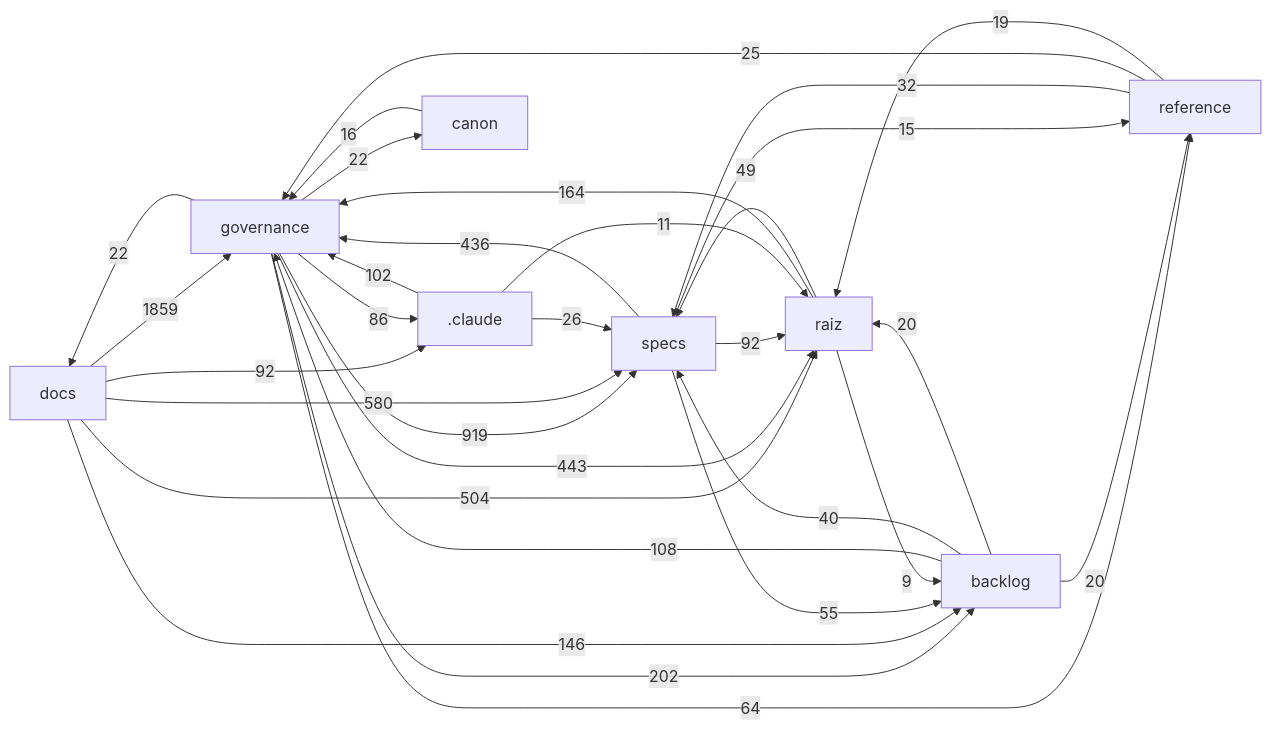
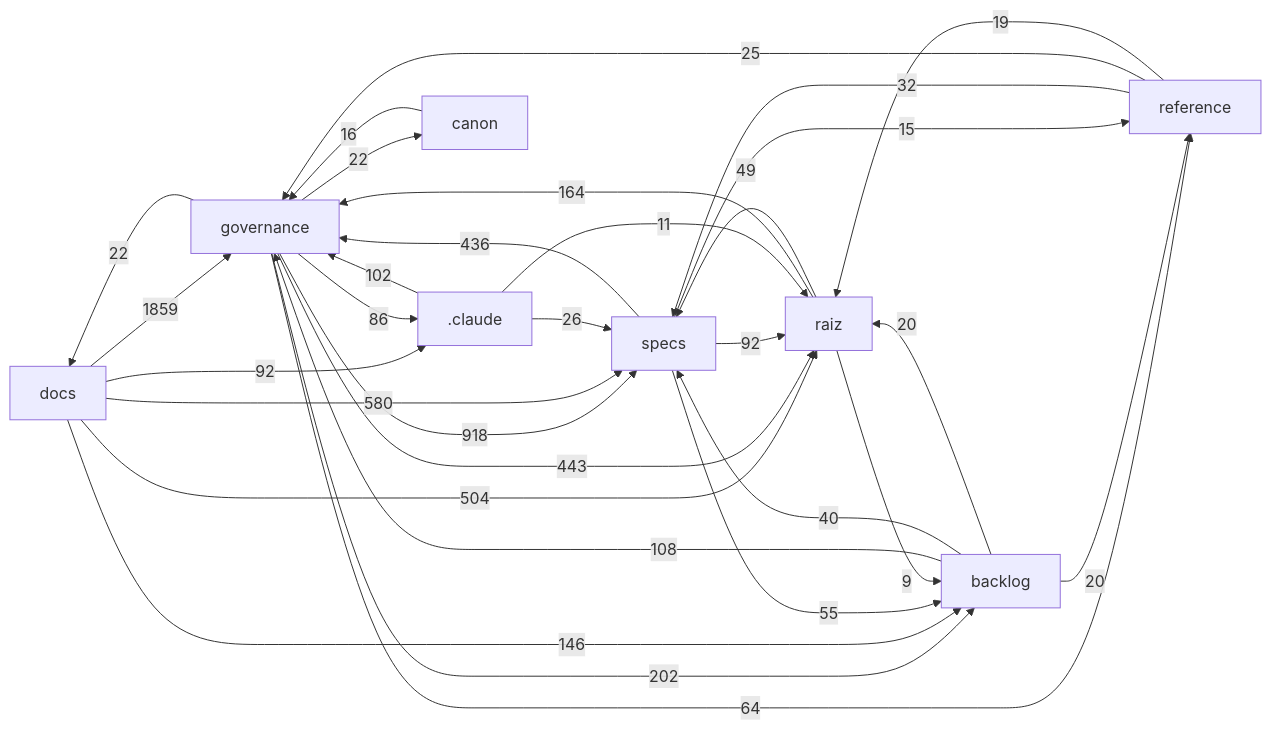
One commit to Andraus35/Sistema-Operacional-de-Trading--SOT changed the diagram in docs/mapa/MAPA-PROJETO.md. Above: the diagram before and after it, drawn with Mermaid. The commit also changed other lines of this file and 5 other files, not shown here.

````diff
--- a/docs/mapa/MAPA-PROJETO.md
+++ b/docs/mapa/MAPA-PROJETO.md
@@ -29,33 +29,33 @@
 ```mermaid
 flowchart LR
   docs["docs"] -->|1859| governance["governance"]
-  governance["governance"] -->|919| specs["specs"]
+  governance["governance"] -->|918| specs["specs"]
   docs["docs"] -->|580| specs["specs"]
   docs["docs"] -->|504| raiz["raiz"]
   governance["governance"] -->|443| raiz["raiz"]
   specs["specs"] -->|436| governance["governance"]
   governance["governance"] -->|202| backlog["backlog"]
   raiz["raiz"] -->|164| governance["governance"]
   docs["docs"] -->|146| backlog["backlog"]
   backlog["backlog"] -->|108| governance["governance"]
   _claude[".claude"] -->|102| governance["governance"]
   docs["docs"] -->|92| _claude[".claude"]
   specs["specs"] -->|92| raiz["raiz"]
   governance["governance"] -->|86| _claude[".claude"]
   governance["governance"] -->|64| reference["reference"]
   specs["specs"] -->|55| backlog["backlog"]
   raiz["raiz"] -->|49| specs["specs"]
   backlog["backlog"] -->|40| specs["specs"]
   reference["reference"] -->|32| specs["specs"]
   _claude[".claude"] -->|26| specs["specs"]
   reference["reference"] -->|25| governance["governance"]
   governance["governance"] -->|22| docs["docs"]
   governance["governance"] -->|22| canon["canon"]
   backlog["backlog"] -->|20| raiz["raiz"]
   backlog["backlog"] -->|20| reference["reference"]
   reference["reference"] -->|19| raiz["raiz"]
   canon["canon"] -->|16| governance["governance"]
   specs["specs"] -->|15| reference["reference"]
   _claude[".claude"] -->|11| raiz["raiz"]
   raiz["raiz"] -->|9| backlog["backlog"]
 ```
````
